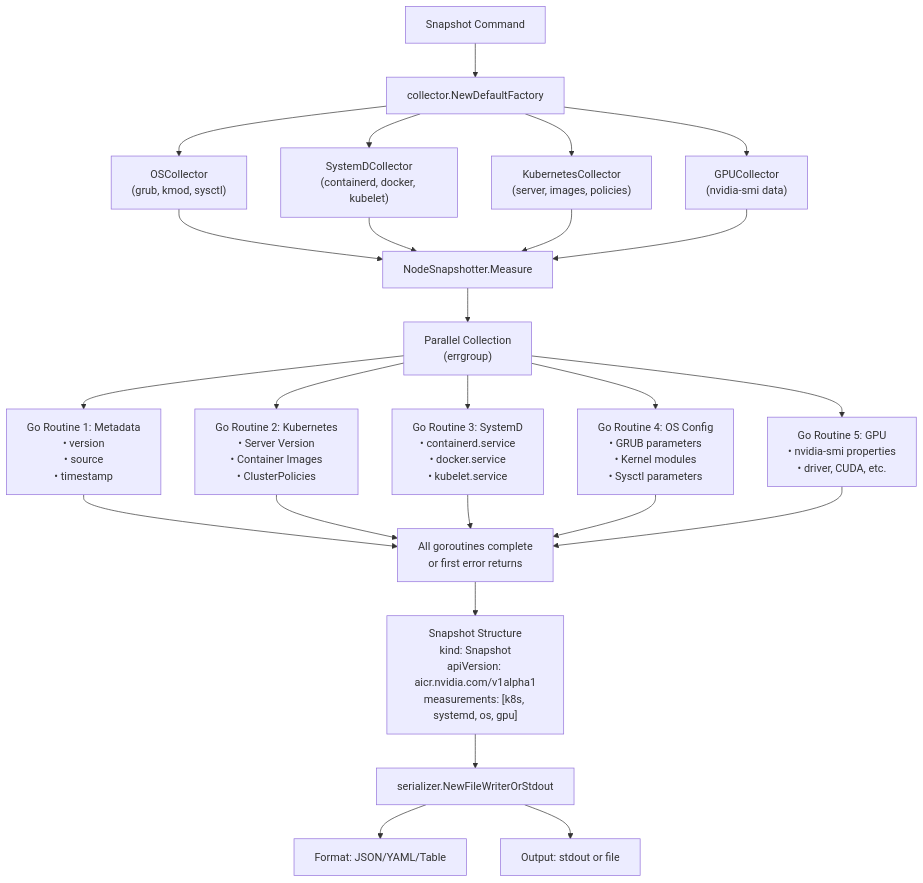
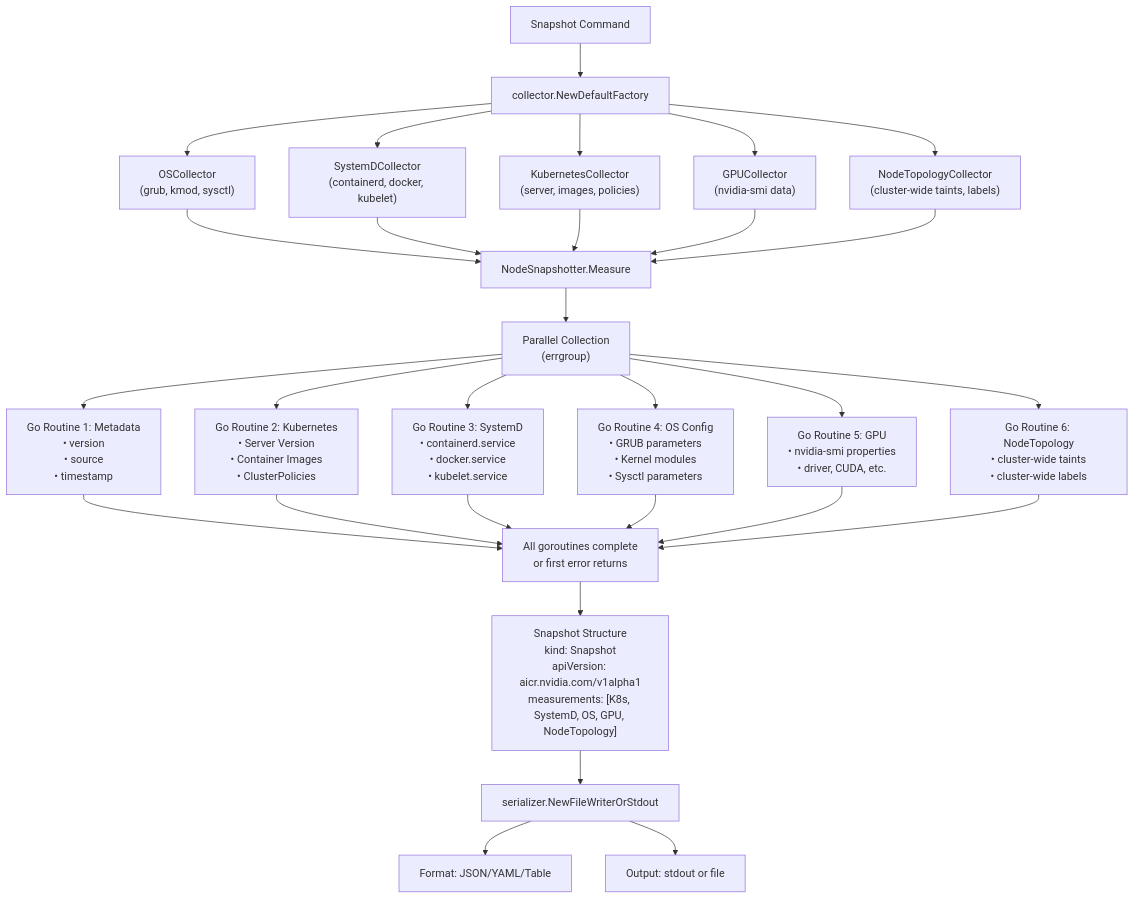
Before and after one commit to NVIDIA/aicr: the fourth of 18 diagrams in docs/contributor/cli.md, drawn with Mermaid. The commit also changed other lines of this file and 30 other files, not shown here.

````diff
--- a/docs/contributor/cli.md
+++ b/docs/contributor/cli.md
@@ -286,28 +286,30 @@
 ```mermaid
 flowchart TD
     A[Snapshot Command] --> B[collector.NewDefaultFactory]
     
     B --> B1["OSCollector<br/>(grub, kmod, sysctl)"]
     B --> B2["SystemDCollector<br/>(containerd, docker, kubelet)"]
     B --> B3["KubernetesCollector<br/>(server, images, policies)"]
     B --> B4["GPUCollector<br/>(nvidia-smi data)"]
+    B --> B5["NodeTopologyCollector<br/>(cluster-wide taints, labels)"]
     
-    B1 & B2 & B3 & B4 --> C[NodeSnapshotter.Measure]
+    B1 & B2 & B3 & B4 & B5 --> C[NodeSnapshotter.Measure]
     
     C --> D["Parallel Collection<br/>(errgroup)"]
     
     D --> D1["Go Routine 1: Metadata<br/>• version<br/>• source<br/>• timestamp"]
     D --> D2["Go Routine 2: Kubernetes<br/>• Server Version<br/>• Container Images<br/>• ClusterPolicies"]
     D --> D3["Go Routine 3: SystemD<br/>• containerd.service<br/>• docker.service<br/>• kubelet.service"]
     D --> D4["Go Routine 4: OS Config<br/>• GRUB parameters<br/>• Kernel modules<br/>• Sysctl parameters"]
     D --> D5["Go Routine 5: GPU<br/>• nvidia-smi properties<br/>• driver, CUDA, etc."]
+    D --> D6["Go Routine 6: NodeTopology<br/>• cluster-wide taints<br/>• cluster-wide labels"]
     
-    D1 & D2 & D3 & D4 & D5 --> E["All goroutines complete<br/>or first error returns"]
+    D1 & D2 & D3 & D4 & D5 & D6 --> E["All goroutines complete<br/>or first error returns"]
     
-    E --> F["Snapshot Structure<br/>kind: Snapshot<br/>apiVersion: aicr.nvidia.com/v1alpha1<br/>measurements: [k8s, systemd, os, gpu]"]
+    E --> F["Snapshot Structure<br/>kind: Snapshot<br/>apiVersion: aicr.nvidia.com/v1alpha1<br/>measurements: [K8s, SystemD, OS, GPU, NodeTopology]"]
     
     F --> G[serializer.NewFileWriterOrStdout]
     
     G --> G1["Format: JSON/YAML/Table"]
     G --> G2["Output: stdout or file"]
 ```
````
